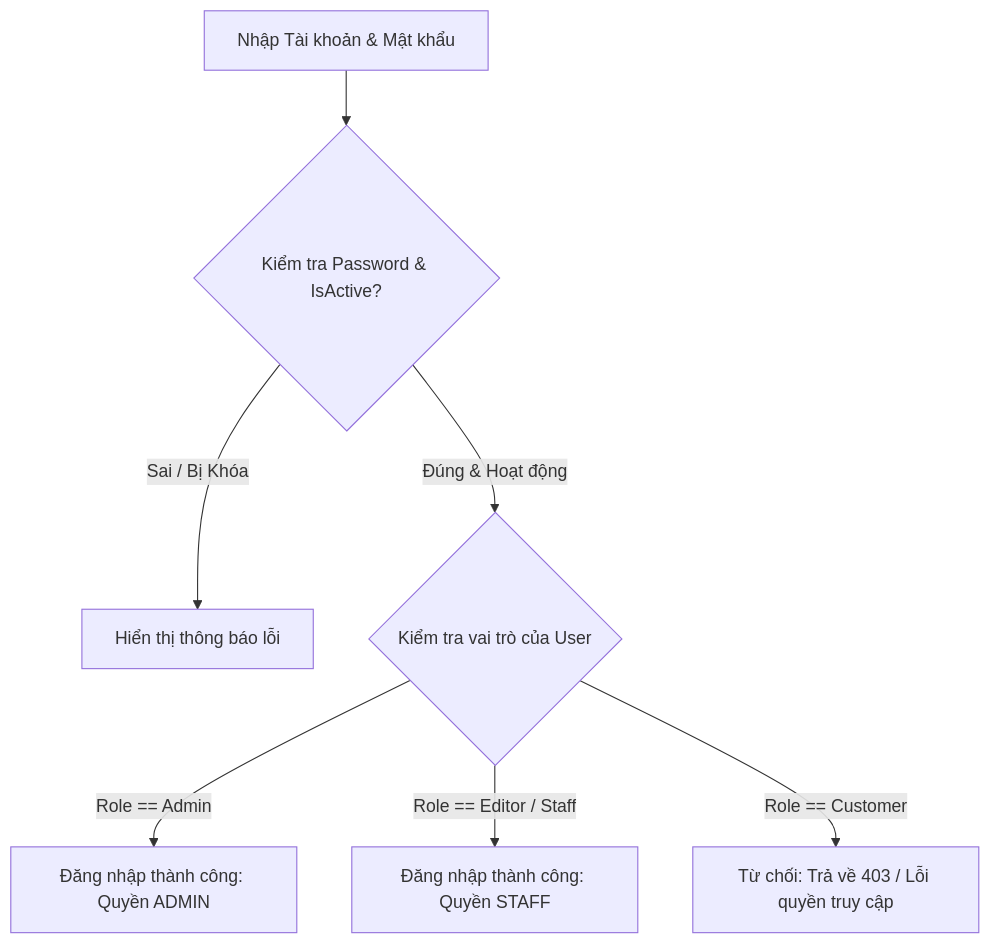
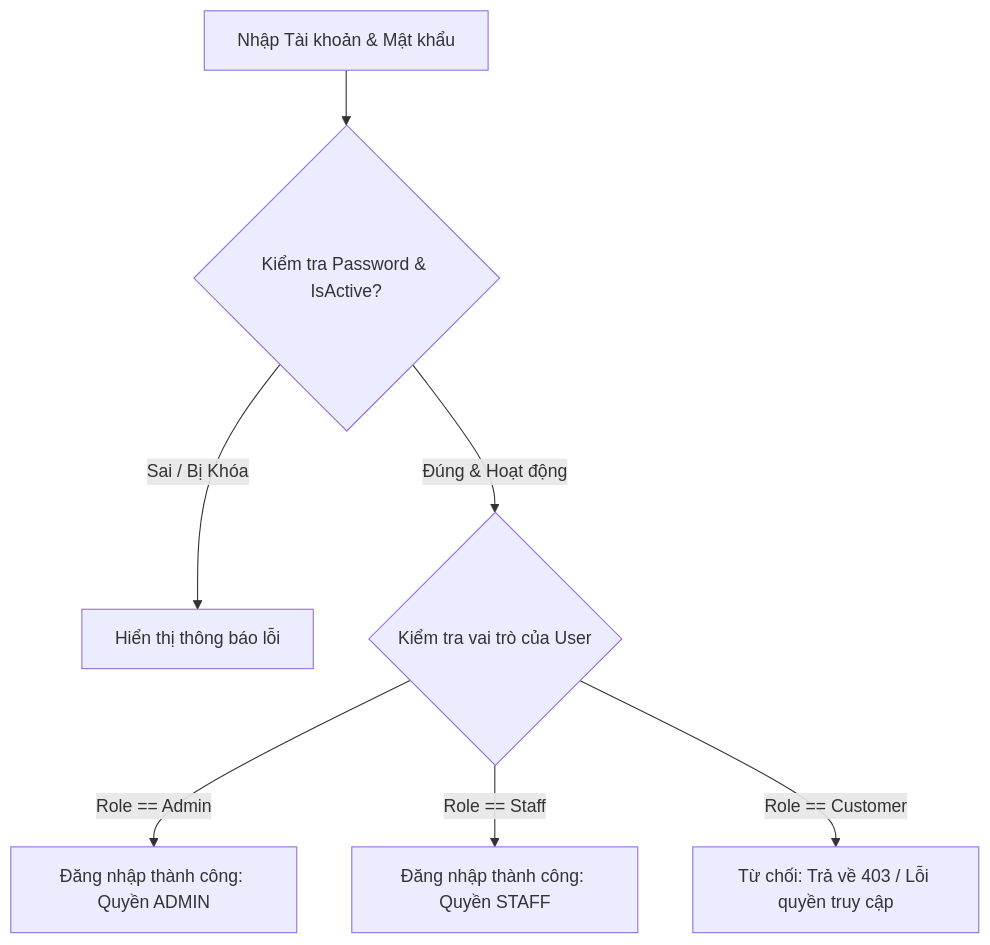
The diagram in docs/security/STAFF_ROLE_PERMISSION_IMPLEMENTATION_REPORT.md (PDADucAnh/FlowerShop_Fullstack), drawn with Mermaid before and after one commit. The commit also changed other lines of this file and 12 other files, not shown here.

Commit message:
refactor(auth): rename Editor role to Staff across database, policies, claims, views, and documentation

````diff
--- a/docs/security/STAFF_ROLE_PERMISSION_IMPLEMENTATION_REPORT.md
+++ b/docs/security/STAFF_ROLE_PERMISSION_IMPLEMENTATION_REPORT.md
@@ -52,9 +43,9 @@
 ```mermaid
 graph TD
     A[Nhập Tài khoản & Mật khẩu] --> B{Kiểm tra Password & IsActive?}
     B -- Sai / Bị Khóa --> C[Hiển thị thông báo lỗi]
     B -- Đúng & Hoạt động --> D{Kiểm tra vai trò của User}
     D -- Role == Admin --> E[Đăng nhập thành công: Quyền ADMIN]
-    D -- Role == Editor / Staff --> F[Đăng nhập thành công: Quyền STAFF]
+    D -- Role == Staff --> F[Đăng nhập thành công: Quyền STAFF]
     D -- Role == Customer --> G[Từ chối: Trả về 403 / Lỗi quyền truy cập]
 ```
````
